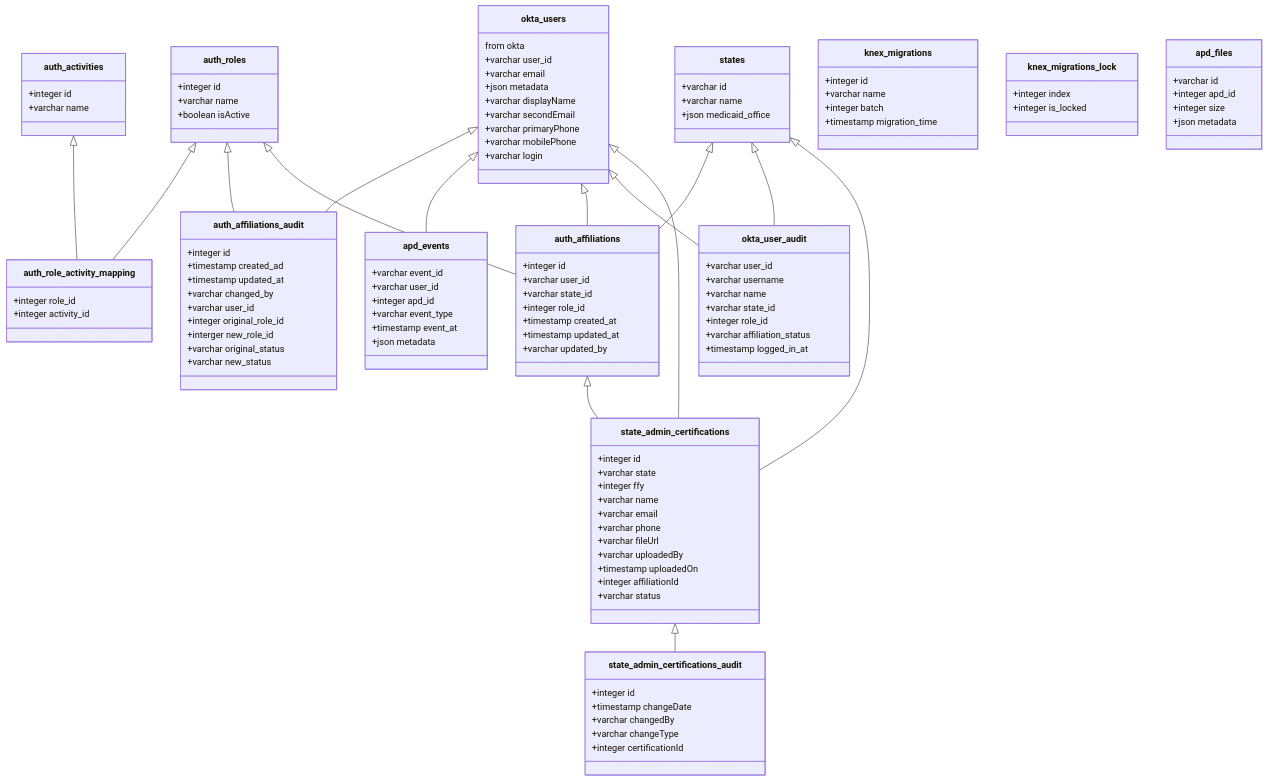
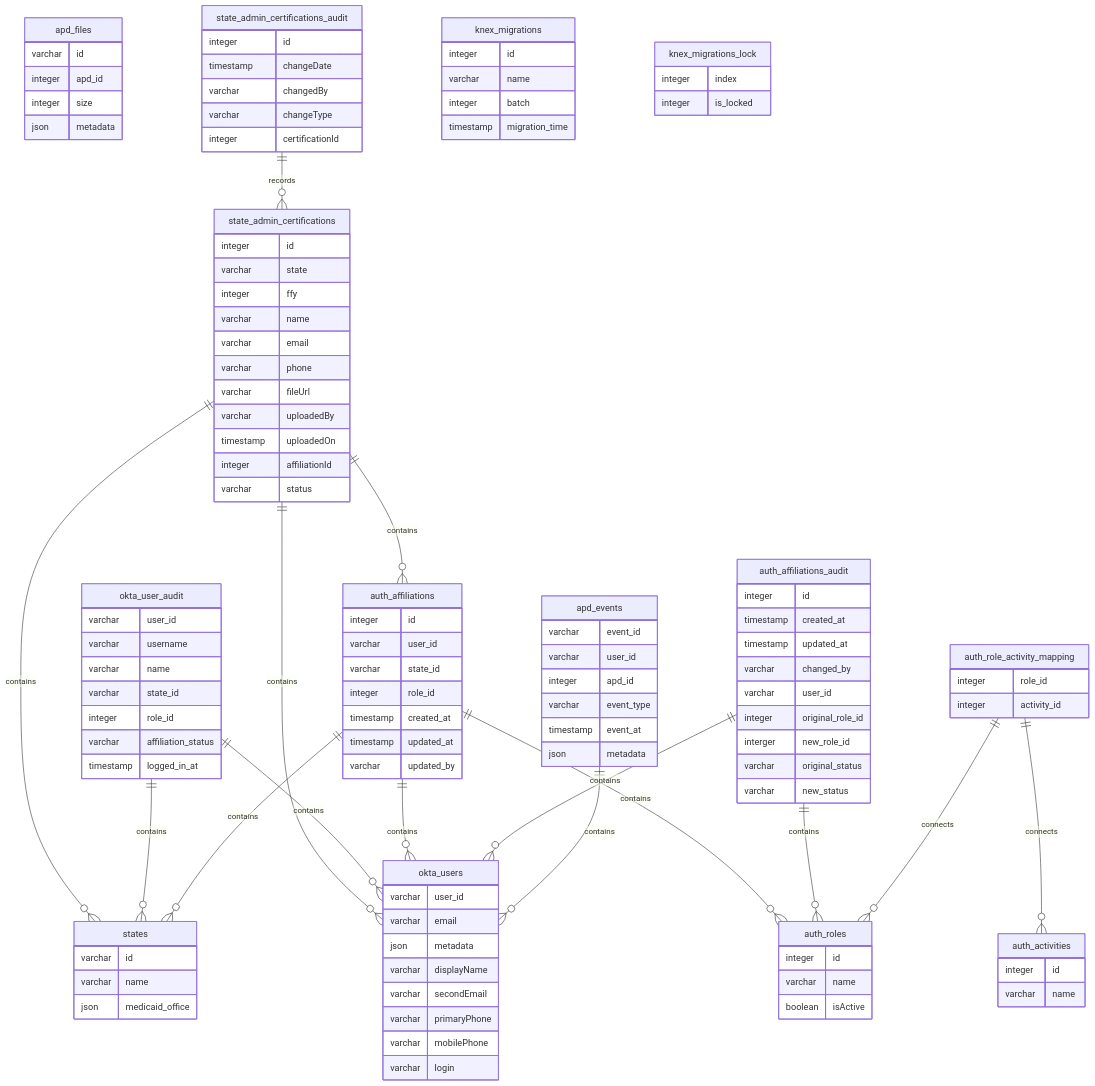
One commit to Enterprise-CMCS/eAPD changed the diagram in documentation/postgres_database-diagram.mmd. Above: the diagram before and after it, drawn with Mermaid. The commit also changed 22 other files, not shown here.

```diff
--- a/documentation/postgres_database-diagram.mmd
+++ b/documentation/postgres_database-diagram.mmd
@@ -1,118 +1,118 @@
-classDiagram
+erDiagram
 %% @config(../.vscode/settings.json)
-class apd_events {
-  +varchar event_id
-  +varchar user_id
-  +integer apd_id
-  +varchar event_type
-  +timestamp event_at
-  +json metadata
+apd_events {
+  varchar event_id
+  varchar user_id
+  integer apd_id
+  varchar event_type
+  timestamp event_at
+  json metadata
 }
-class auth_activities {
-  +integer id
-  +varchar name
+apd_files {
+  varchar id
+  integer apd_id
+  integer size
+  json metadata
 }
-class auth_role_activity_mapping {
-  +integer role_id
-  +integer activity_id
+auth_activities {
+  integer id
+  varchar name
 }
-class auth_roles {
-  +integer id
-  +varchar name
-  +boolean isActive
+auth_affiliations_audit {
+  integer id
+  timestamp created_at
+  timestamp updated_at
+  varchar changed_by
+  varchar user_id
+  integer original_role_id
+  interger new_role_id
+  varchar original_status
+  varchar new_status
 }
-class auth_affiliations {
-  +integer id
-  +varchar user_id
-  +varchar state_id
-  +integer role_id
-  +timestamp created_at
-  +timestamp updated_at
-  +varchar updated_by
+auth_affiliations {
+  integer id
+  varchar user_id
+  varchar state_id
+  integer role_id
+  timestamp created_at
+  timestamp updated_at
+  varchar updated_by
 }
-class auth_affiliations_audit {
-  +integer id
-  +timestamp created_ad
-  +timestamp updated_at
-  +varchar changed_by
-  +varchar user_id
-  +integer original_role_id
-  +interger new_role_id
-  +varchar original_status
-  +varchar new_status
+auth_role_activity_mapping {
+  integer role_id
+  integer activity_id
 }
-class okta_users {
-  from okta
-  +varchar user_id
-  +varchar email
-  +json metadata
-  +varchar displayName
-  +varchar secondEmail
-  +varchar primaryPhone
-  +varchar mobilePhone
-  +varchar login
+auth_roles {
+  integer id
+  varchar name
+  boolean isActive
 }
-class okta_user_audit {
-  +varchar user_id
-  +varchar username
-  +varchar name
-  +varchar state_id
-  +integer role_id
-  +varchar affiliation_status
-  +timestamp logged_in_at
+okta_user_audit {
+  varchar user_id
+  varchar username
+  varchar name
+  varchar state_id
+  integer role_id
+  varchar affiliation_status
+  timestamp logged_in_at
 }
-class state_admin_certifications {
-  +integer id
-  +varchar state
-  +integer ffy
-  +varchar name
-  +varchar email
-  +varchar phone
-  +varchar fileUrl
-  +varchar uploadedBy
-  +timestamp uploadedOn
-  +integer affiliationId
-  +varchar status
+okta_users {
+  varchar user_id
+  varchar email
+  json metadata
+  varchar displayName
+  varchar secondEmail
+  varchar primaryPhone
+  varchar mobilePhone
+  varchar login
 }
-class state_admin_certifications_audit {
-  +integer id
-  +timestamp changeDate
-  +varchar changedBy
-  +varchar changeType
-  +integer certificationId
+state_admin_certifications {
+  integer id
+  varchar state
+  integer ffy
+  varchar name
+  varchar email
+  varchar phone
+  varchar fileUrl
+  varchar uploadedBy
+  timestamp uploadedOn
+  integer affiliationId
+  varchar status
 }
-class states {
-  +varchar id
-  +varchar name
-  +json medicaid_office
+state_admin_certifications_audit {
+  integer id
+  timestamp changeDate
+  varchar changedBy
+  varchar changeType
+  integer certificationId
 }
-class knex_migrations {
-  +integer id
-  +varchar name
-  +integer batch
-  +timestamp migration_time
+states {
+  varchar id
+  varchar name
+  json medicaid_office
 }
-class knex_migrations_lock {
-  +integer index
-  +integer is_locked
+knex_migrations {
+  integer id
+  varchar name
+  integer batch
+  timestamp migration_time
 }
-class apd_files {
-  +varchar id
-  +integer apd_id
-  +integer size
-  +json metadata
+knex_migrations_lock {
+  integer index
+  integer is_locked
 }
-states <|-- state_admin_certifications
-okta_users <|-- state_admin_certifications
-auth_affiliations <|-- state_admin_certifications
-state_admin_certifications <|-- state_admin_certifications_audit
-states <|-- okta_user_audit
-okta_users <|-- okta_user_audit
-auth_roles <|-- auth_affiliations
-states <|-- auth_affiliations
-okta_users <|-- auth_affiliations
-okta_users <|-- apd_events
-auth_roles <|-- auth_affiliations_audit
-okta_users <|-- auth_affiliations_audit
-auth_activities <|-- auth_role_activity_mapping
-auth_roles <|-- auth_role_activity_mapping
+
+state_admin_certifications ||--o{ states : contains
+state_admin_certifications ||--o{ okta_users : contains
+state_admin_certifications ||--o{ auth_affiliations : contains
+state_admin_certifications_audit ||--o{ state_admin_certifications : records
+okta_user_audit ||--o{ states : contains
+okta_user_audit ||--o{ okta_users : contains
+auth_affiliations ||--o{ auth_roles : contains
+auth_affiliations ||--o{ states : contains
+auth_affiliations ||--o{ okta_users : contains
+auth_affiliations_audit ||--o{ auth_roles : contains
+auth_affiliations_audit ||--o{ okta_users : contains
+auth_role_activity_mapping ||--o{ auth_activities : connects
+auth_role_activity_mapping ||--o{ auth_roles : connects
+apd_events ||--o{ okta_users : contains
```
